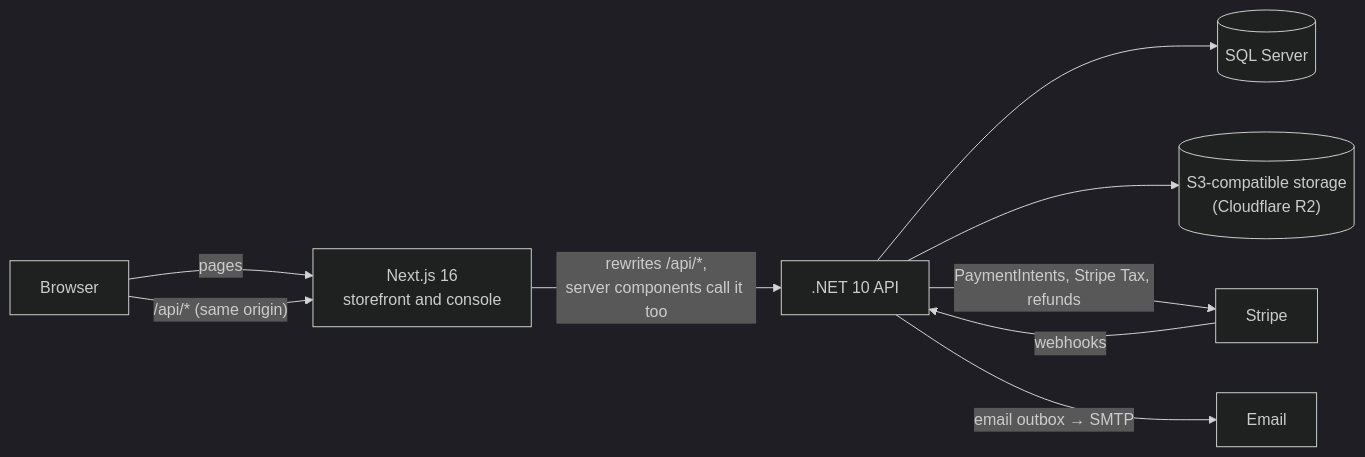
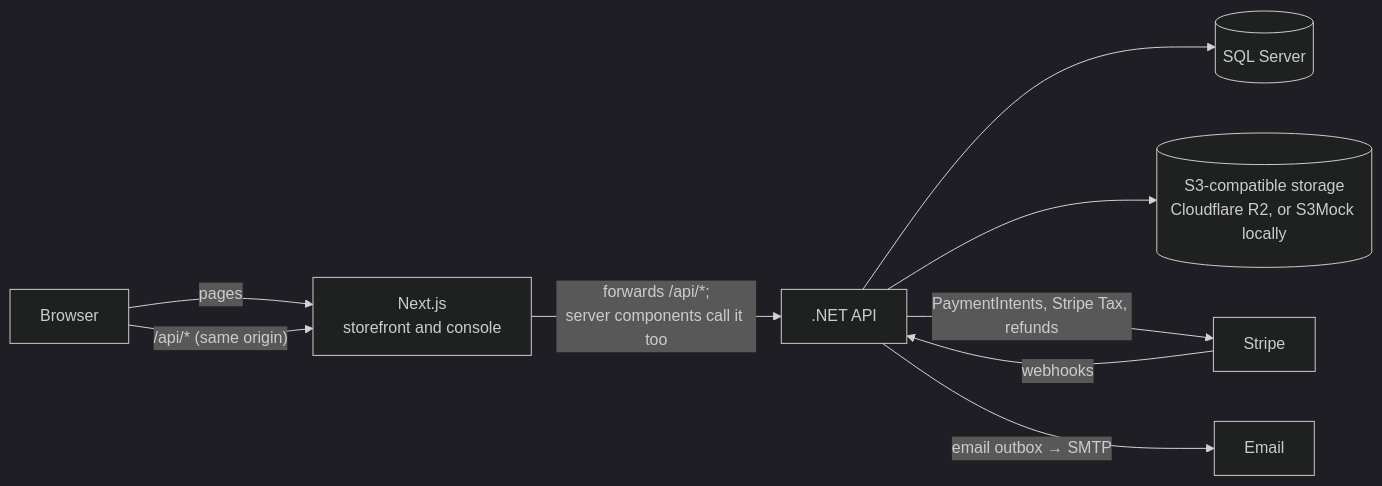
Before and after one commit to tomyRomero/StoreOperations: the first of 3 diagrams in README.md, drawn with Mermaid (dark theme). The commit also changed other lines of this file and 20 other files, not shown here.

````diff
--- a/README.md
+++ b/README.md
@@ -81,11 +116,11 @@
 ```mermaid
 flowchart LR
-    Browser -->|pages| Web["Next.js 16<br/>storefront and console"]
+    Browser -->|pages| Web["Next.js<br/>storefront and console"]
     Browser -->|"/api/* (same origin)"| Web
-    Web -->|"rewrites /api/*,<br/>server components call it too"| API[".NET 10 API"]
+    Web -->|"forwards /api/*;<br/>server components call it too"| API[".NET API"]
     API --> SQL[("SQL Server")]
-    API --> Images[("S3-compatible storage<br/>(Cloudflare R2)")]
+    API --> Images[("S3-compatible storage<br/>Cloudflare R2, or S3Mock locally")]
     API -->|"PaymentIntents, Stripe Tax, refunds"| Stripe
     Stripe -->|webhooks| API
     API -->|"email outbox → SMTP"| Mail[Email]
 ```
````
